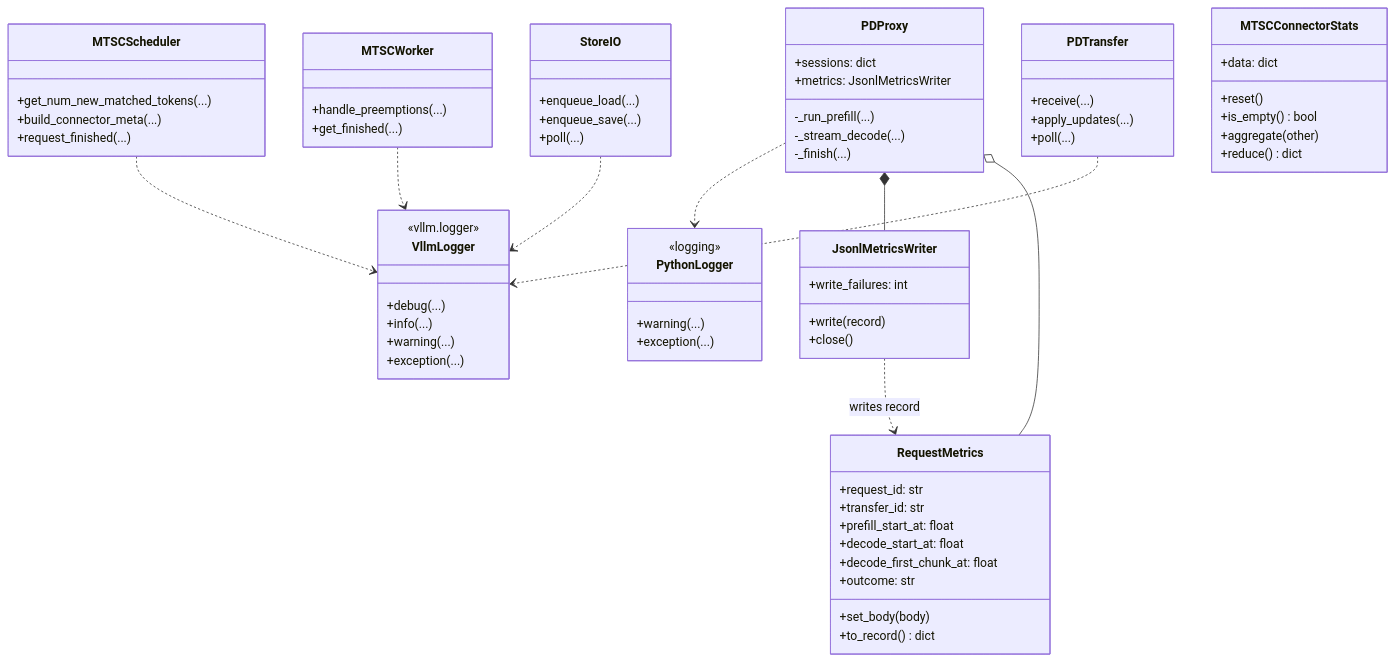
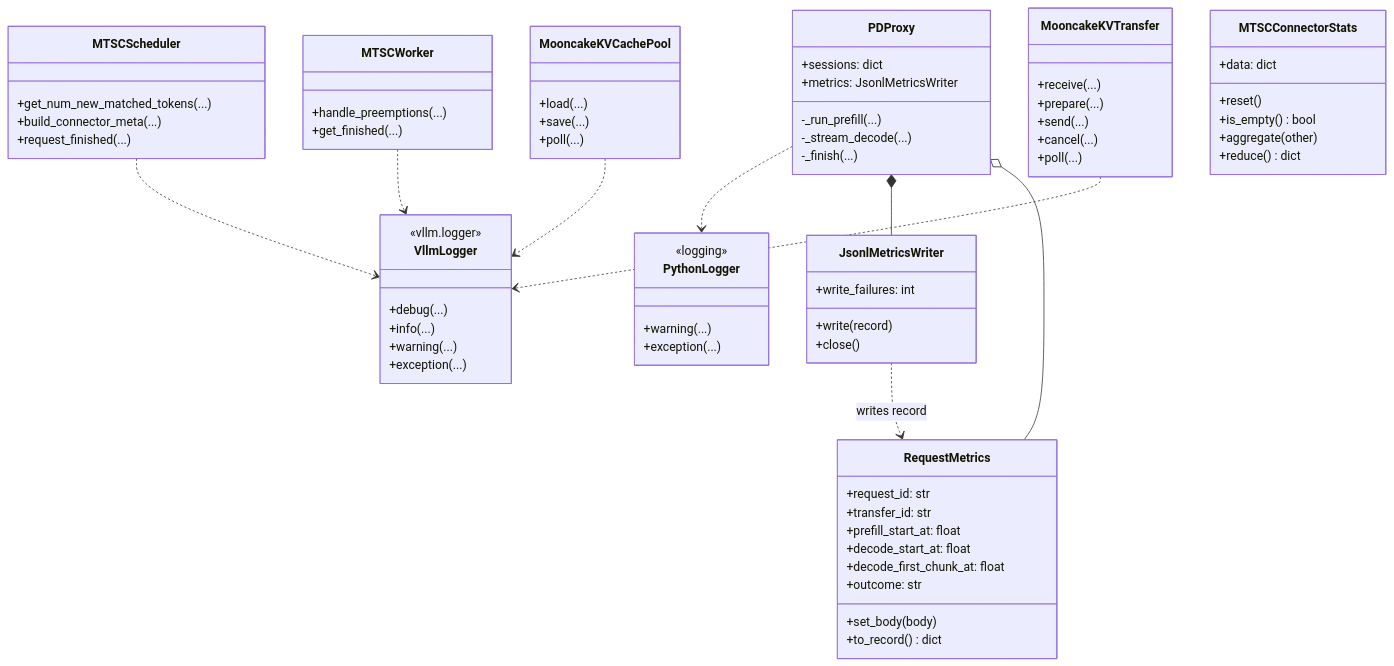
One commit to WangSu-X/MTSC changed the first of 2 diagrams in docs/design/S04-log-trace设计.md. Above: the diagram before and after it, drawn with Mermaid. The commit also changed 20 other files, not shown here.

Commit message:
refactor(mtsc): implement Mooncake KVCachePool and KVTransfer

````diff
--- a/docs/design/S04-log-trace设计.md
+++ b/docs/design/S04-log-trace设计.md
@@ -133,72 +133,74 @@
 ```mermaid
 classDiagram
     class MTSCScheduler {
         +get_num_new_matched_tokens(...)
         +build_connector_meta(...)
         +request_finished(...)
     }
     class MTSCWorker {
         +handle_preemptions(...)
         +get_finished(...)
     }
-    class StoreIO {
-        +enqueue_load(...)
-        +enqueue_save(...)
+    class MooncakeKVCachePool {
+        +load(...)
+        +save(...)
         +poll(...)
     }
-    class PDTransfer {
+    class MooncakeKVTransfer {
         +receive(...)
-        +apply_updates(...)
+        +prepare(...)
+        +send(...)
+        +cancel(...)
         +poll(...)
     }
     class PDProxy {
         +sessions: dict
         +metrics: JsonlMetricsWriter
         -_run_prefill(...)
         -_stream_decode(...)
         -_finish(...)
     }
     class RequestMetrics {
         +request_id: str
         +transfer_id: str
         +prefill_start_at: float
         +decode_start_at: float
         +decode_first_chunk_at: float
         +outcome: str
         +set_body(body)
         +to_record() dict
     }
     class JsonlMetricsWriter {
         +write_failures: int
         +write(record)
         +close()
     }
     class MTSCConnectorStats {
         +data: dict
         +reset()
         +is_empty() bool
         +aggregate(other)
         +reduce() dict
     }
     class VllmLogger {
         <<vllm.logger>>
         +debug(...)
         +info(...)
         +warning(...)
         +exception(...)
     }
     class PythonLogger {
         <<logging>>
         +warning(...)
         +exception(...)
     }
 
     MTSCScheduler ..> VllmLogger
     MTSCWorker ..> VllmLogger
-    StoreIO ..> VllmLogger
-    PDTransfer ..> VllmLogger
+    MooncakeKVCachePool ..> VllmLogger
+    MooncakeKVTransfer ..> VllmLogger
     PDProxy ..> PythonLogger
     PDProxy *-- JsonlMetricsWriter
     PDProxy o-- RequestMetrics
     JsonlMetricsWriter ..> RequestMetrics : writes record
 ```
````
